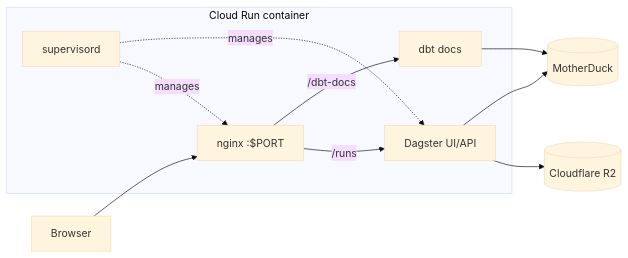
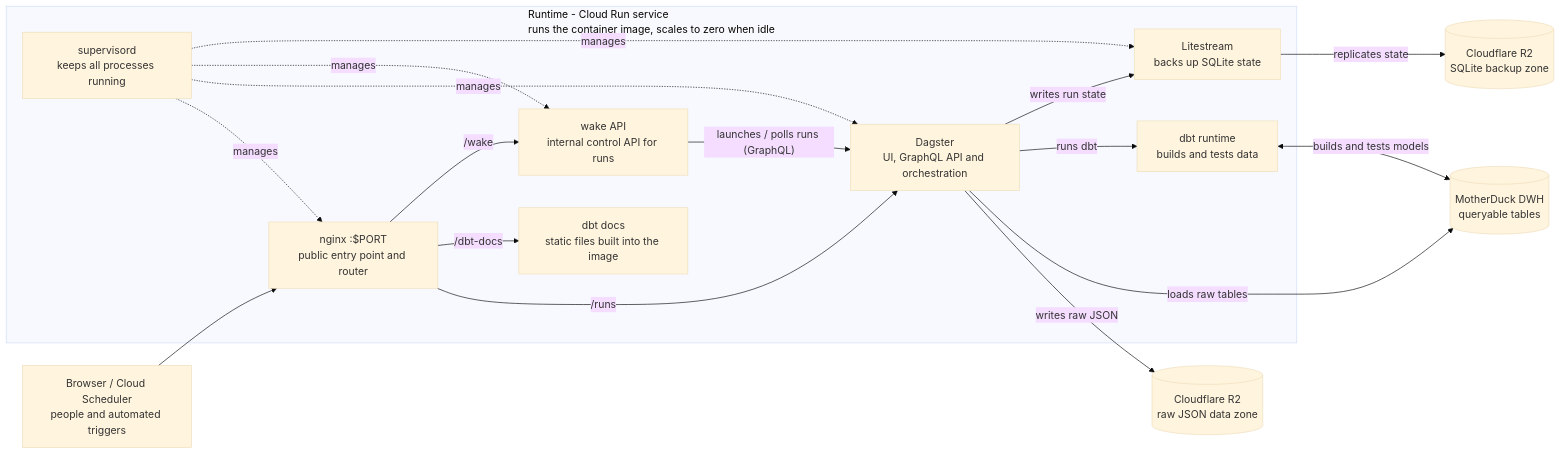
The third of 3 diagrams in README.md (antipev/analytics-engineering), drawn with Mermaid (base theme) before and after one commit. The commit also changed other lines of this file and 17 other files, not shown here.

````diff
--- a/README.md
+++ b/README.md
@@ -115,15 +218,23 @@
 ```mermaid
 flowchart LR
-  subgraph CR["Cloud Run container"]
-    N["nginx :$PORT"]
-    N -->|/runs| D["Dagster UI/API"]
-    N -->|/dbt-docs| DOC["dbt docs"]
-    SUP["supervisord"] -. manages .-> N
+  subgraph CR["Runtime - Cloud Run service<br/>runs the container image, scales to zero when idle"]
+    N["nginx :$PORT<br/>public entry point and router"]
+    N -->|/runs| D["Dagster<br/>UI, GraphQL API and orchestration"]
+    N -->|/dbt-docs| DOC["dbt docs<br/>static files built into the image"]
+    N -->|/wake| W["wake API<br/>internal control API for runs"]
+    SUP["supervisord<br/>keeps all processes running"] -. manages .-> N
     SUP -. manages .-> D
+    SUP -. manages .-> W
+    SUP -. manages .-> L["Litestream<br/>backs up SQLite state"]
+    DBT["dbt runtime<br/>builds and tests data"]
   end
 
-  U["Browser"] --> N
-  D --> R2[("Cloudflare R2")]
-  D --> MD[("MotherDuck")]
-  DOC --> MD
+  U["Browser / Cloud Scheduler<br/>people and automated triggers"] --> N
+  W -->|"launches / polls runs (GraphQL)"| D
+  D -->|"writes raw JSON"| R2_DATA[("Cloudflare R2<br/>raw JSON data zone")]
+  D -->|"loads raw tables"| MD[("MotherDuck DWH<br/>queryable tables")]
+  D -->|"runs dbt"| DBT
+  DBT <-->|"builds and tests models"| MD
+  D -->|"writes run state"| L
+  L -->|"replicates state"| R2_STATE[("Cloudflare R2<br/>SQLite backup zone")]
 ```
````
